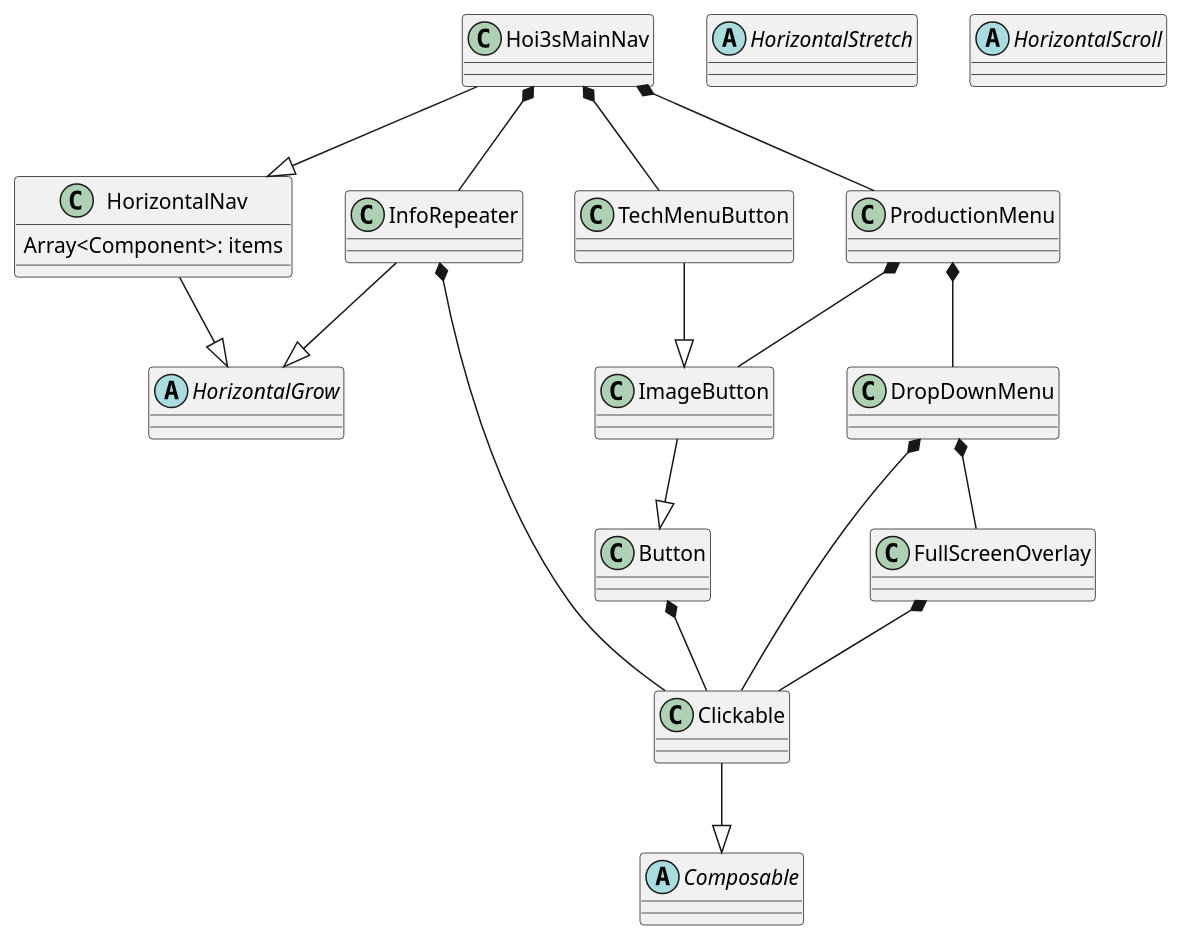
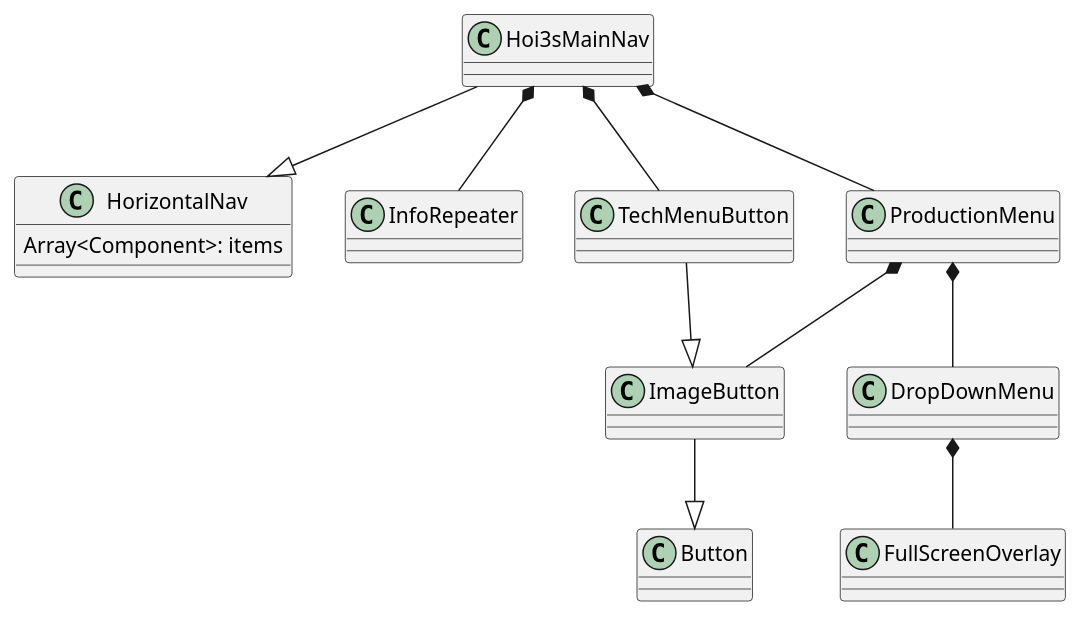
The diagram in doc/view-menu.puml (ratiotile/division-designer), drawn with PlantUML before and after one commit. The commit also changed 4 other files, not shown here.

Commit message:
Simplified diagrams by making connections to input and resize optional includes.

```diff
--- a/doc/view-menu.puml
+++ b/doc/view-menu.puml
@@ -1,62 +1,46 @@
 @startuml
-
-abstract Composable {
-}
-
-class Clickable {
-}
-Clickable --|> Composable
-
-abstract HorizontalStretch {
-}
-
-abstract HorizontalGrow {
-}
-
-abstract HorizontalScroll {
-}
 
 class HorizontalNav {
   Array<Component>: items
 }
-HorizontalNav --|> HorizontalGrow
 
 class Button {
 }
-Button *-- Clickable
 
 class ImageButton {
 }
 ImageButton --|> Button
 
 class InfoRepeater {
 }
-InfoRepeater *-- Clickable
-InfoRepeater --|> HorizontalGrow
 
 class FullScreenOverlay {
 }
-FullScreenOverlay *-- Clickable
 
 class DropDownMenu {
 }
 DropDownMenu *-- FullScreenOverlay
-DropDownMenu *-- Clickable
 
 class ProductionMenu {
 }
 ProductionMenu *-- DropDownMenu
 ProductionMenu *-- ImageButton
 
 class TechMenuButton {
 }
 TechMenuButton --|> ImageButton
 
 class Hoi3sMainNav {
 }
 Hoi3sMainNav *-- TechMenuButton
 Hoi3sMainNav *-- InfoRepeater
 Hoi3sMainNav *-- ProductionMenu
 Hoi3sMainNav --|> HorizontalNav
 
+' Uncomment to show component relationships
+'!include InputComponents.puml!0
+'!include InputComponents.puml!menu
+'!include resize-components.puml!0
+'!include resize-components.puml!menu
+
 @enduml
```
